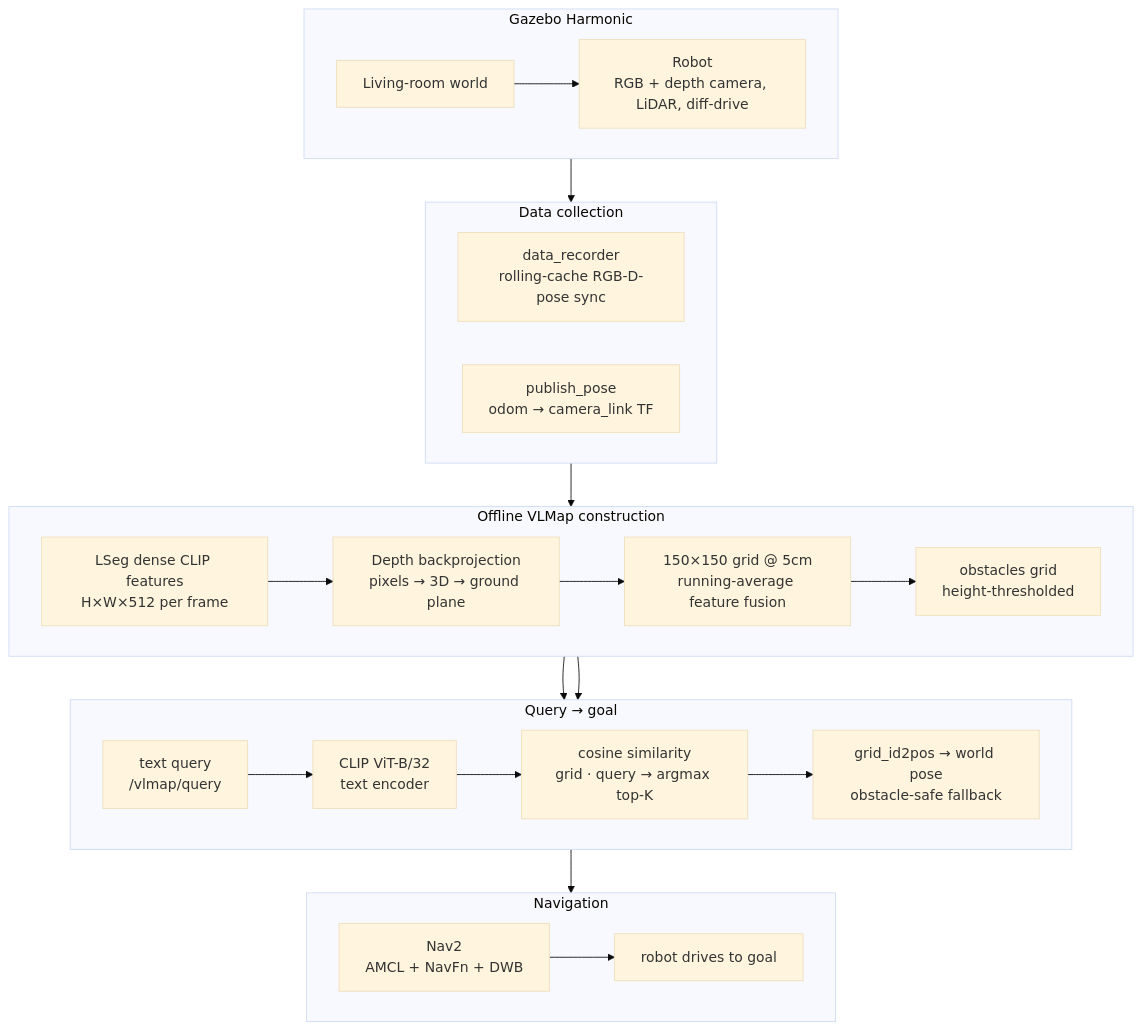
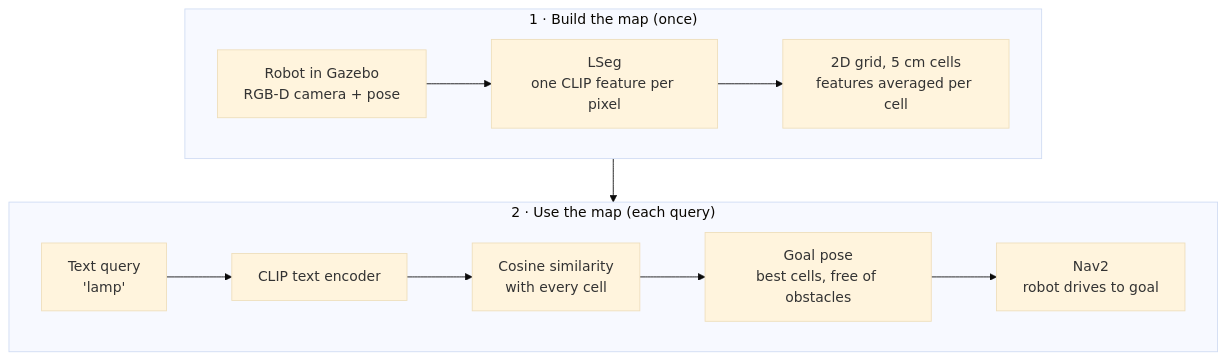
The diagram in _projects/ovnav.md (ManojBhatta/manojbhatta.github.io), drawn with Mermaid (base theme) before and after one commit. The commit also changed other lines of this file and 14 other files, not shown here.

````diff
--- a/_projects/ovnav.md
+++ b/_projects/ovnav.md
@@ -20,34 +36,12 @@
 ```mermaid
 flowchart TD
-    subgraph Gazebo["Gazebo Harmonic"]
+    subgraph BUILD["1 · Build the map (once)"]
         direction LR
-        W[Living-room world] --> R[Robot<br/>RGB + depth camera, LiDAR, diff-drive]
+        R["Robot in Gazebo<br/>RGB-D camera + pose"] --> L["LSeg<br/>one CLIP feature per pixel"] --> G["2D grid, 5 cm cells<br/>features averaged per cell"]
     end
-
-    subgraph Perception["Data collection"]
+    subgraph USE["2 · Use the map (each query)"]
         direction LR
-        REC[data_recorder<br/>rolling-cache RGB-D-pose sync]
-        POS[publish_pose<br/>odom → camera_link TF]
+        Q["Text query<br/>'lamp'"] --> T[CLIP text encoder] --> S["Cosine similarity<br/>with every cell"] --> P["Goal pose<br/>best cells, free of obstacles"] --> N["Nav2<br/>robot drives to goal"]
     end
-
-    subgraph MapBuilding["Offline VLMap construction"]
-        direction LR
-        LSEG[LSeg dense CLIP features<br/>H×W×512 per frame] --> BP[Depth backprojection<br/>pixels → 3D → ground plane] --> GRID[150×150 grid @ 5cm<br/>running-average feature fusion] --> OBST[obstacles grid<br/>height-thresholded]
-    end
-
-    subgraph Query["Query → goal"]
-        direction LR
-        text_query["text query<br/>/vlmap/query"] --> CLIP[CLIP ViT-B/32<br/>text encoder] --> SIM[cosine similarity<br/>grid · query → argmax top-K] --> CELL[grid_id2pos → world pose<br/>obstacle-safe fallback]
-    end
-
-    subgraph Nav["Navigation"]
-        direction LR
-        NAV2[Nav2<br/>AMCL + NavFn + DWB] --> GOAL[robot drives to goal]
-    end
-
-    R --> REC
-    REC --> LSEG
-    GRID --> SIM
-    OBST --> CELL
-    CELL --> NAV2
+    G --> S
 ```
````
